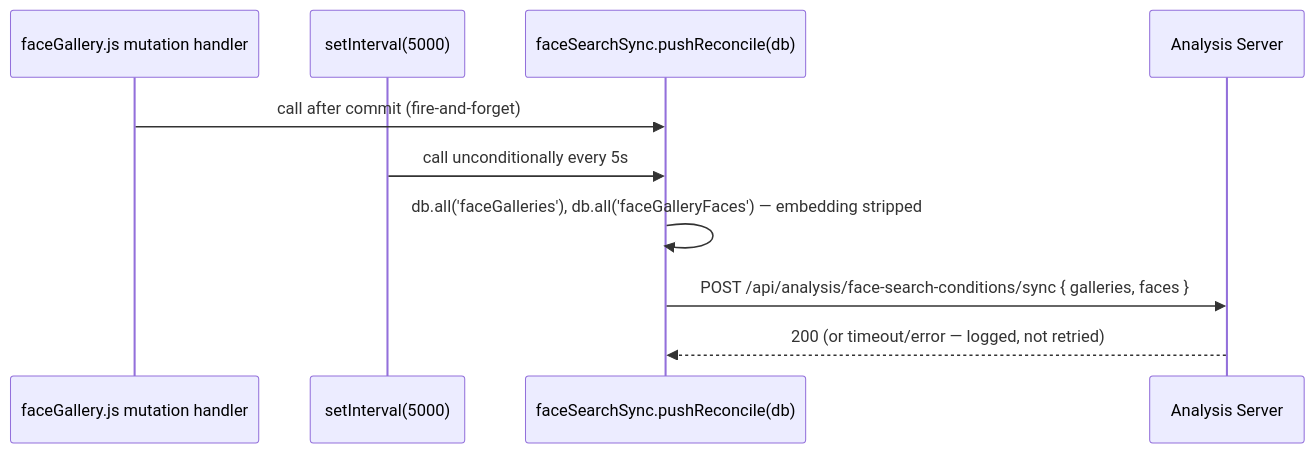
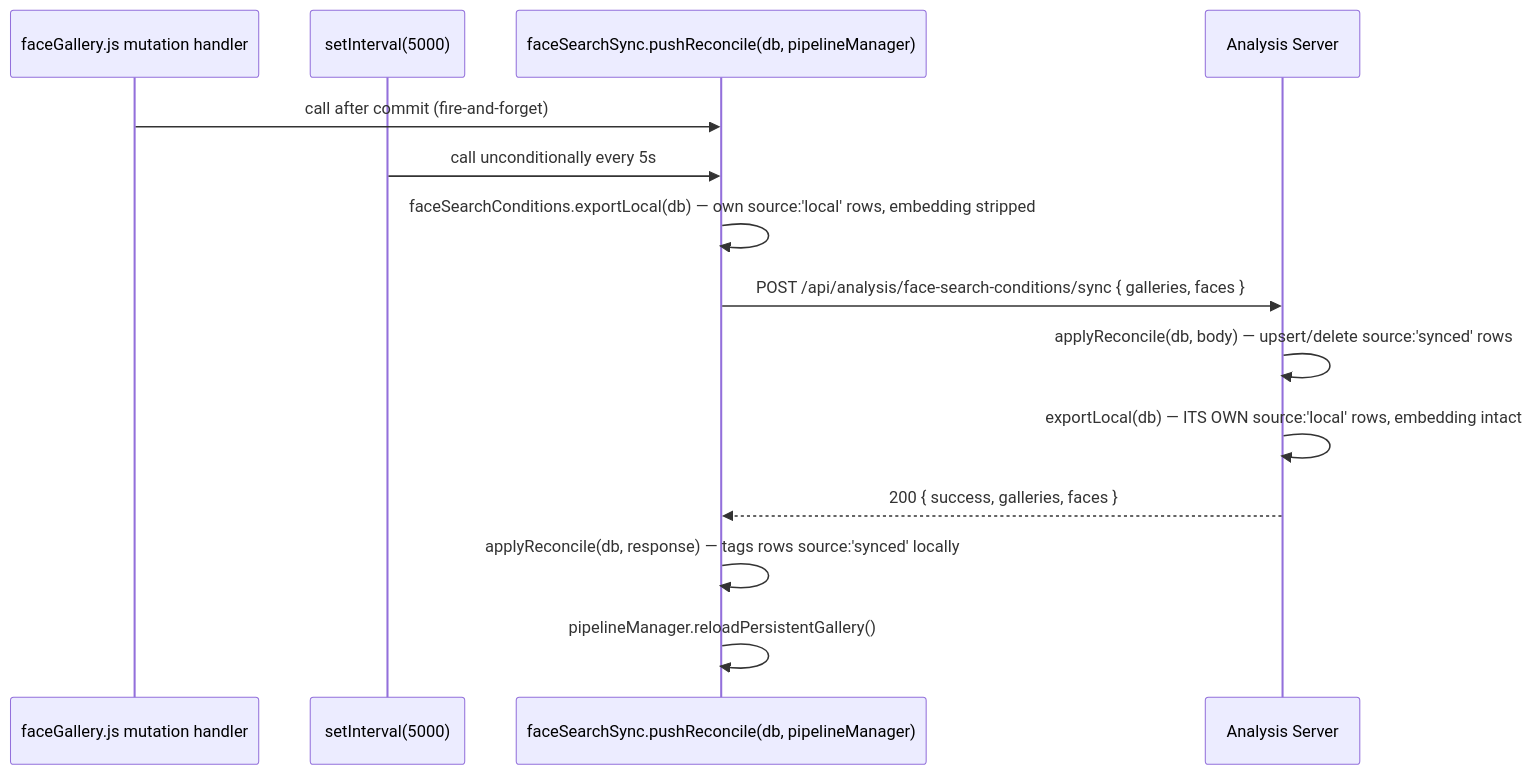
Before and after one commit to melchi45/loitering_tracking: the second of 2 diagrams in docs/design/Design_Face_Search_Condition_Sync.md, drawn with Mermaid. The commit also changed other lines of this file and 8 other files, not shown here.

First line of the commit message:
fix(face): make face search condition sync bidirectional

````diff
--- a/docs/design/Design_Face_Search_Condition_Sync.md
+++ b/docs/design/Design_Face_Search_Condition_Sync.md
@@ -94,13 +94,17 @@
 ```mermaid
 sequenceDiagram
     participant Mut as faceGallery.js mutation handler
     participant Timer as setInterval(5000)
-    participant Sync as faceSearchSync.pushReconcile(db)
+    participant Sync as faceSearchSync.pushReconcile(db, pipelineManager)
     participant ANL as Analysis Server
 
     Mut->>Sync: call after commit (fire-and-forget)
     Timer->>Sync: call unconditionally every 5s
-    Sync->>Sync: db.all('faceGalleries'), db.all('faceGalleryFaces')  — embedding stripped
+    Sync->>Sync: faceSearchConditions.exportLocal(db) — own source:'local' rows, embedding stripped
     Sync->>ANL: POST /api/analysis/face-search-conditions/sync { galleries, faces }
-    ANL-->>Sync: 200 (or timeout/error — logged, not retried)
+    ANL->>ANL: applyReconcile(db, body) — upsert/delete source:'synced' rows
+    ANL->>ANL: exportLocal(db) — ITS OWN source:'local' rows, embedding intact
+    ANL-->>Sync: 200 { success, galleries, faces }
+    Sync->>Sync: applyReconcile(db, response) — tags rows source:'synced' locally
+    Sync->>Sync: pipelineManager.reloadPersistentGallery()
 ```
````
